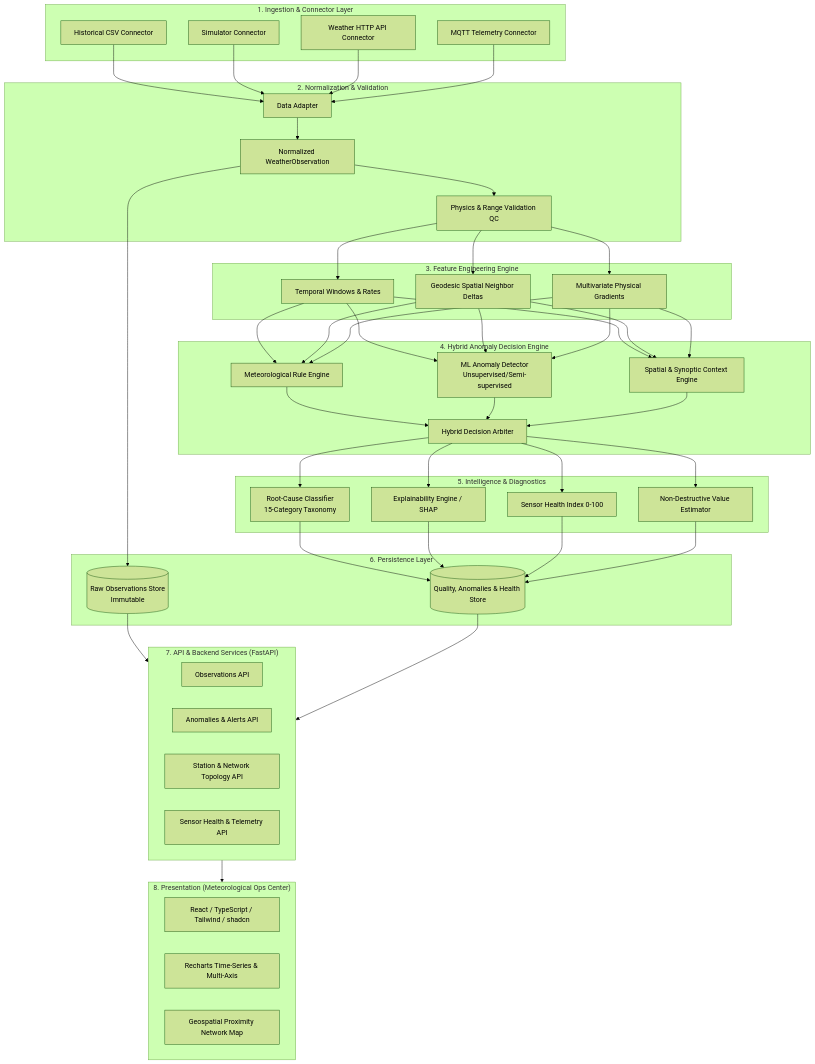
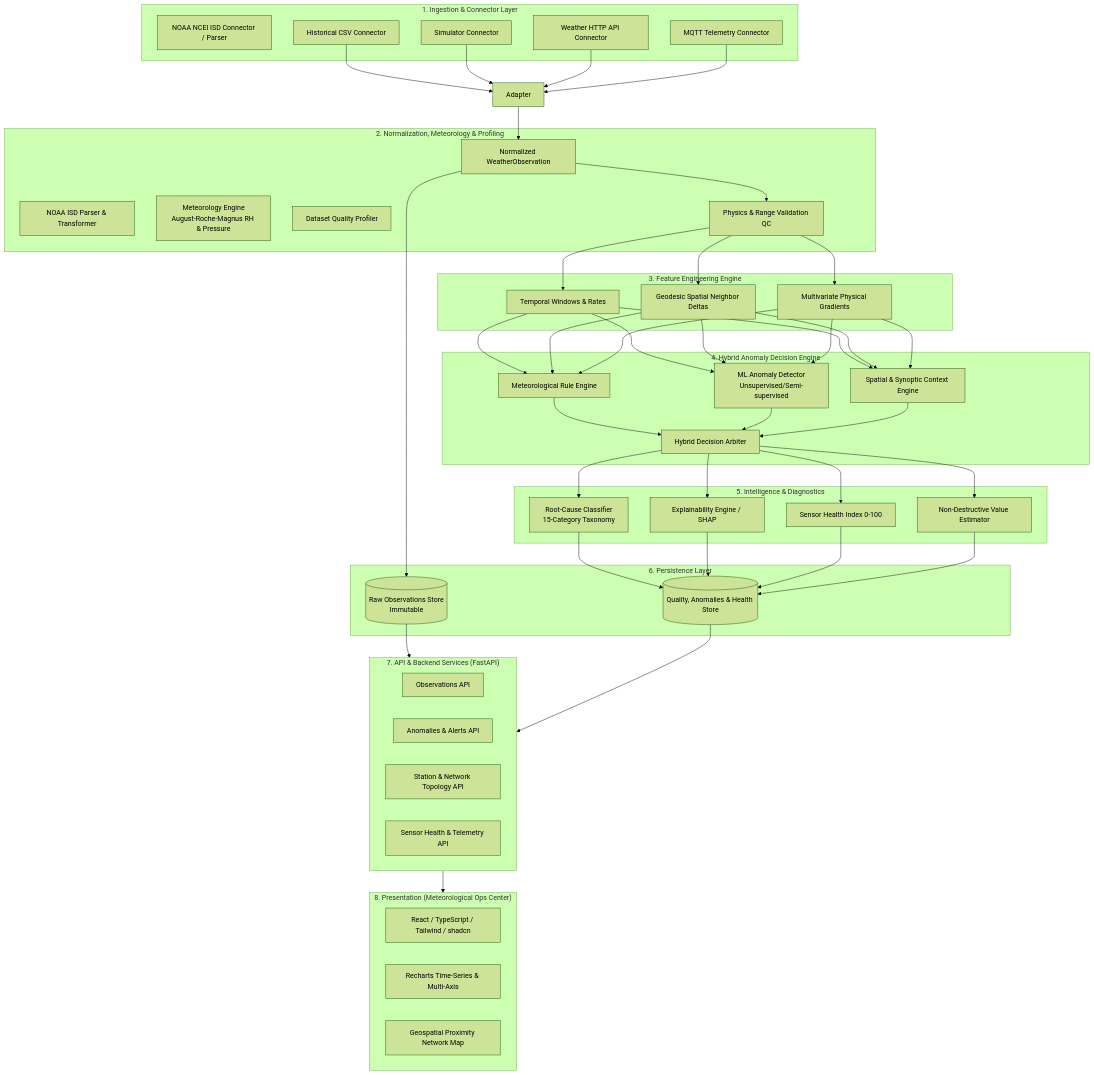
Before and after one commit to GPCSantosh/SkyGuard-AI: the first of 2 diagrams in docs/ARCHITECTURE.md, drawn with Mermaid (forest theme). The commit also changed 16 other files, not shown here.

Commit message:
feat: implement NOAA ISD ingestion and data quality pipeline

````diff
--- a/docs/ARCHITECTURE.md
+++ b/docs/ARCHITECTURE.md
@@ -10,68 +10,71 @@
 ```mermaid
 flowchart TB
     subgraph Ingestion_Layer["1. Ingestion & Connector Layer"]
+        NOAA[NOAA NCEI ISD Connector / Parser]
         CSV[Historical CSV Connector]
         SIM[Simulator Connector]
         API[Weather HTTP API Connector]
         MQTT[MQTT Telemetry Connector]
     end
 
-    subgraph Normalization_Layer["2. Normalization & Validation"]
-        Adapter[Data Adapter]
+    subgraph Normalization_Layer["2. Normalization, Meteorology & Profiling"]
+        NOAAParser[NOAA ISD Parser & Transformer]
+        MetUtils[Meteorology Engine\nAugust-Roche-Magnus RH & Pressure]
+        Profiler[Dataset Quality Profiler]
         NormObs[Normalized WeatherObservation]
         QC[Physics & Range Validation QC]
     end
 
     subgraph Feature_Layer["3. Feature Engineering Engine"]
         TemporalFE[Temporal Windows & Rates]
         SpatialFE[Geodesic Spatial Neighbor Deltas]
         MultiFE[Multivariate Physical Gradients]
     end
 
     subgraph Detection_Layer["4. Hybrid Anomaly Decision Engine"]
         RuleEngine[Meteorological Rule Engine]
         MLEngine[ML Anomaly Detector\nUnsupervised/Semi-supervised]
         ContextEngine[Spatial & Synoptic Context Engine]
         Hybrid[Hybrid Decision Arbiter]
     end
 
     subgraph Intelligence_Layer["5. Intelligence & Diagnostics"]
         Classifier[Root-Cause Classifier\n15-Category Taxonomy]
         Explain[Explainability Engine / SHAP]
         Health[Sensor Health Index 0-100]
         Imputer[Non-Destructive Value Estimator]
     end
 
     subgraph Persistence_Layer["6. Persistence Layer"]
         RawDB[(Raw Observations Store\nImmutable)]
         AnalysisDB[(Quality, Anomalies & Health Store)]
     end
 
     subgraph Service_Layer["7. API & Backend Services (FastAPI)"]
         ObservationAPI[Observations API]
         AnomalyAPI[Anomalies & Alerts API]
         StationAPI[Station & Network Topology API]
         HealthAPI[Sensor Health & Telemetry API]
     end
 
     subgraph Presentation_Layer["8. Presentation (Meteorological Ops Center)"]
         Dashboard[React / TypeScript / Tailwind / shadcn]
         Charts[Recharts Time-Series & Multi-Axis]
         Map[Geospatial Proximity Network Map]
     end
 
     CSV --> Adapter
     SIM --> Adapter
     API --> Adapter
     MQTT --> Adapter
     Adapter --> NormObs
     NormObs --> QC
     QC --> TemporalFE & SpatialFE & MultiFE
     TemporalFE & SpatialFE & MultiFE --> RuleEngine & MLEngine & ContextEngine
     RuleEngine & MLEngine & ContextEngine --> Hybrid
     Hybrid --> Classifier & Explain & Health & Imputer
     NormObs --> RawDB
     Classifier & Explain & Health & Imputer --> AnalysisDB
     RawDB & AnalysisDB --> Service_Layer
     Service_Layer --> Presentation_Layer
 ```
````
